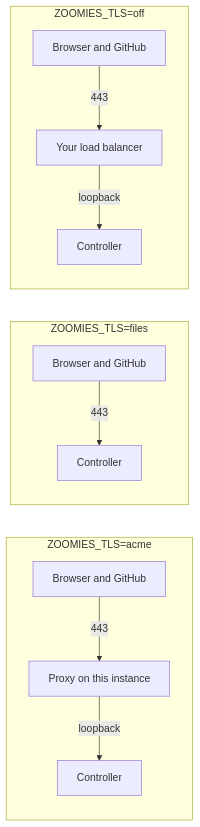
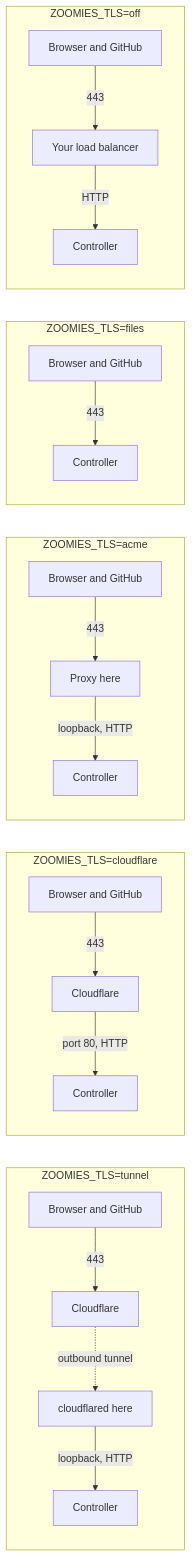
The diagram in docs/marketplace.md (eyupio/zoomies), drawn with Mermaid before and after one commit. The commit also changed other lines of this file and 11 other files, not shown here.

````diff
--- a/docs/marketplace.md
+++ b/docs/marketplace.md
@@ -55,14 +57,23 @@
 ```mermaid
 flowchart LR
+  subgraph tunnel["ZOOMIES_TLS=tunnel"]
+    T1[Browser and GitHub] -->|443| T2[Cloudflare]
+    T2 -.->|outbound tunnel| T3[cloudflared here]
+    T3 -->|loopback, HTTP| T4[Controller]
+  end
+  subgraph cf["ZOOMIES_TLS=cloudflare"]
+    D1[Browser and GitHub] -->|443| D2[Cloudflare]
+    D2 -->|port 80, HTTP| D3[Controller]
+  end
   subgraph acme["ZOOMIES_TLS=acme"]
-    A1[Browser and GitHub] -->|443| A2[Proxy on this instance]
-    A2 -->|loopback| A3[Controller]
+    A1[Browser and GitHub] -->|443| A2[Proxy here]
+    A2 -->|loopback, HTTP| A3[Controller]
   end
   subgraph files["ZOOMIES_TLS=files"]
     B1[Browser and GitHub] -->|443| B3[Controller]
   end
   subgraph off["ZOOMIES_TLS=off"]
     C1[Browser and GitHub] -->|443| C2[Your load balancer]
-    C2 -->|loopback| C3[Controller]
+    C2 -->|HTTP| C3[Controller]
   end
 ```
````
